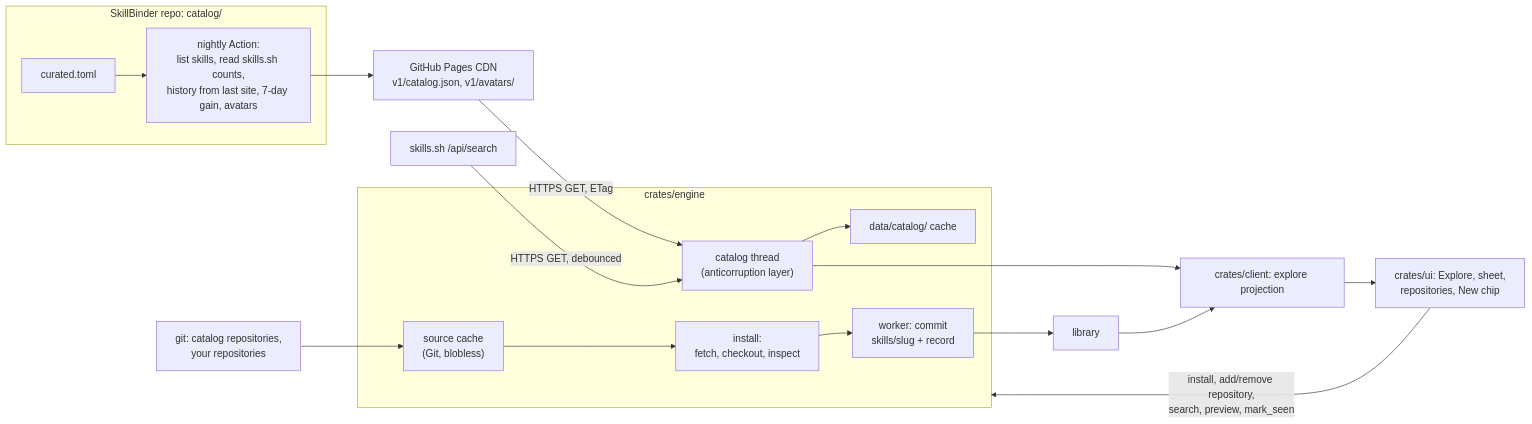
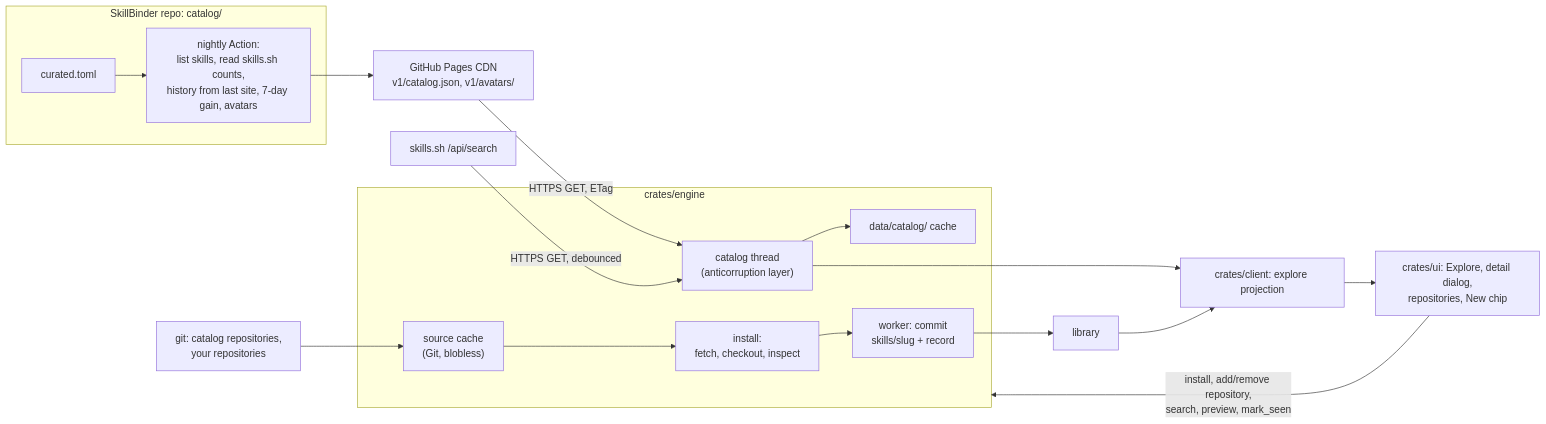
The diagram in docs/specs/explore-and-install/design.md (mastro993/SkillBinder), drawn with Mermaid before and after one commit. The commit also changed other lines of this file and 38 other files, not shown here.

First line of the commit message:
feat(explore): open a skill's detail dialog with its Git preview (#162)

````diff
--- a/docs/specs/explore-and-install/design.md
+++ b/docs/specs/explore-and-install/design.md
@@ -7,20 +7,20 @@
 ```mermaid
 flowchart LR
   subgraph catalog_repo["SkillBinder repo: catalog/"]
     CT["curated.toml"] --> JOB["nightly Action:<br/>list skills, read skills.sh counts,<br/>history from last site, 7-day gain, avatars"]
   end
   JOB --> CDN["GitHub Pages CDN<br/>v1/catalog.json, v1/avatars/"]
   SH["skills.sh /api/search"]
   subgraph engine["crates/engine"]
     CAT["catalog thread<br/>(anticorruption layer)"] --> CACHE["data/catalog/ cache"]
     SC["source cache<br/>(Git, blobless)"] --> INS["install:<br/>fetch, checkout, inspect"]
     INS --> W["worker: commit<br/>skills/slug + record"]
   end
   CDN -- "HTTPS GET, ETag" --> CAT
   SH -- "HTTPS GET, debounced" --> CAT
   GIT["git: catalog repositories,<br/>your repositories"] --> SC
   CAT --> CL["crates/client: explore projection"]
   W --> LIB["library"] --> CL
-  CL --> UI["crates/ui: Explore, sheet,<br/>repositories, New chip"]
+  CL --> UI["crates/ui: Explore, detail dialog,<br/>repositories, New chip"]
   UI -- "install, add/remove repository,<br/>search, preview, mark_seen" --> engine
 ```
````
